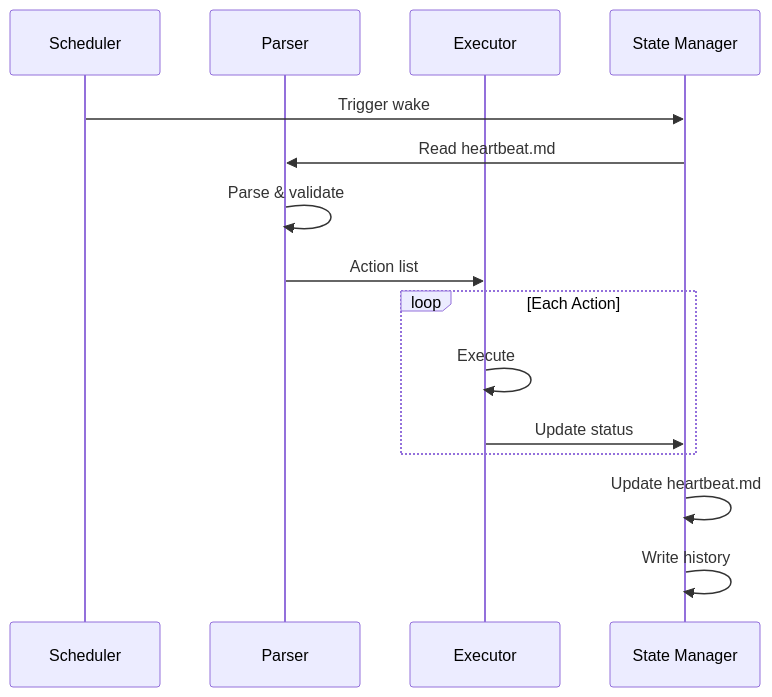
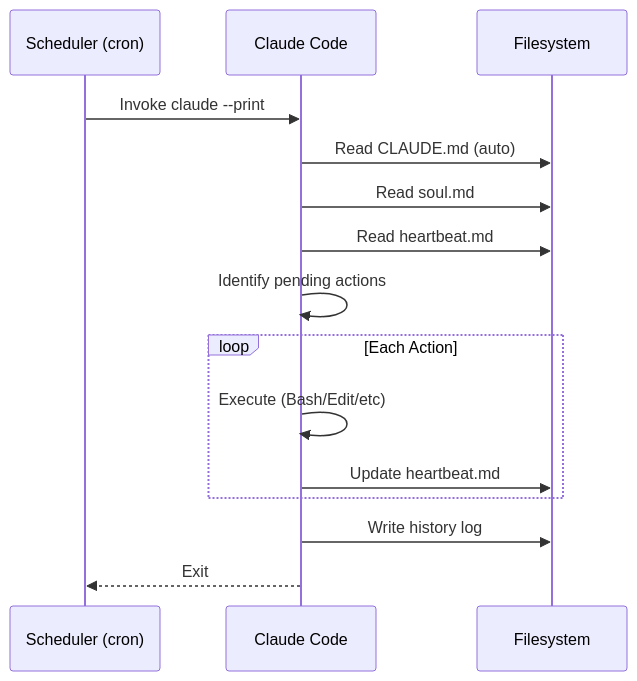
Before and after one commit to thgibbs/orko: the diagram in plans/obsidian/01-architecture.md, drawn with Mermaid. The commit also changed other lines of this file and 7 other files, not shown here.

First line of the commit message:
Refactor heartbeat agent plan to use Claude Code as runtime (#2)

````diff
--- a/plans/obsidian/01-architecture.md
+++ b/plans/obsidian/01-architecture.md
@@ -120,18 +195,18 @@
 ```mermaid
 sequenceDiagram
-    participant S as Scheduler
-    participant P as Parser
-    participant E as Executor
-    participant M as State Manager
+    participant S as Scheduler (cron)
+    participant C as Claude Code
+    participant F as Filesystem
 
-    S->>M: Trigger wake
-    M->>P: Read heartbeat.md
-    P->>P: Parse & validate
-    P->>E: Action list
+    S->>C: Invoke claude --print
+    C->>F: Read CLAUDE.md (auto)
+    C->>F: Read soul.md
+    C->>F: Read heartbeat.md
+    C->>C: Identify pending actions
     loop Each Action
-        E->>E: Execute
-        E->>M: Update status
+        C->>C: Execute (Bash/Edit/etc)
+        C->>F: Update heartbeat.md
     end
-    M->>M: Update heartbeat.md
-    M->>M: Write history
+    C->>F: Write history log
+    C-->>S: Exit
 ```
````
